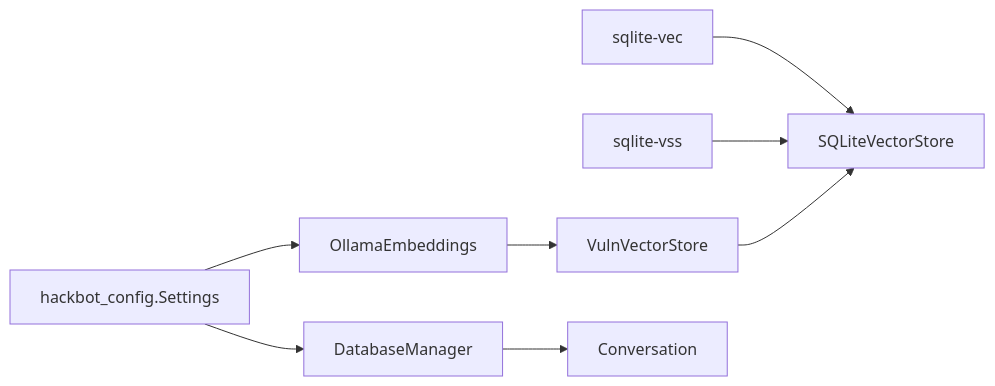
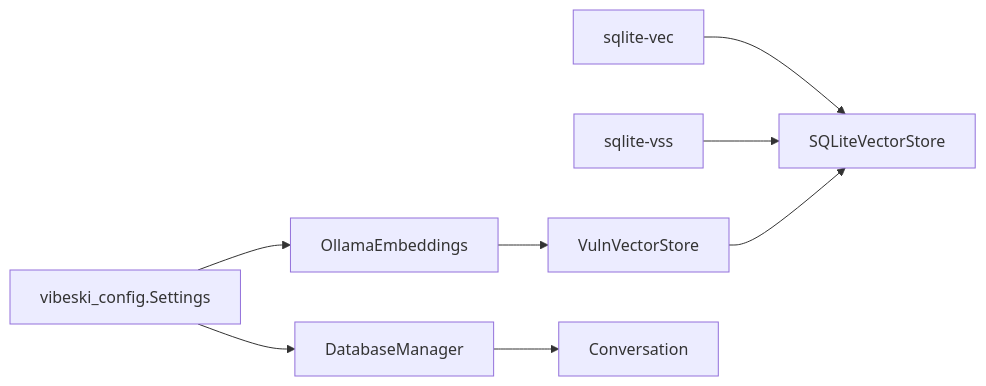
The seventh of 7 diagrams in .qoder/repowiki/zh/content/技能与记忆系统/记忆管理系统/记忆管理系统.md (crabin/VIBESKI), drawn with Mermaid before and after one commit. The commit also changed other lines of this file and 170 other files, not shown here.

Commit message:
chore: rename all secbot/hackbot identifiers to vibeski

````diff
--- a/.qoder/repowiki/zh/content/技能与记忆系统/记忆管理系统/记忆管理系统.md
+++ b/.qoder/repowiki/zh/content/技能与记忆系统/记忆管理系统/记忆管理系统.md
@@ -343,10 +343,10 @@
 ```mermaid
 graph LR
 VEC["sqlite-vec"] --> SVS["SQLiteVectorStore"]
 VSS["sqlite-vss"] --> SVS
 OLL["OllamaEmbeddings"] --> VVS["VulnVectorStore"]
 VVS --> SVS
 DBM["DatabaseManager"] --> CM["Conversation"]
-CFG["hackbot_config.Settings"] --> DBM
+CFG["vibeski_config.Settings"] --> DBM
 CFG --> OLL
 ```
````
